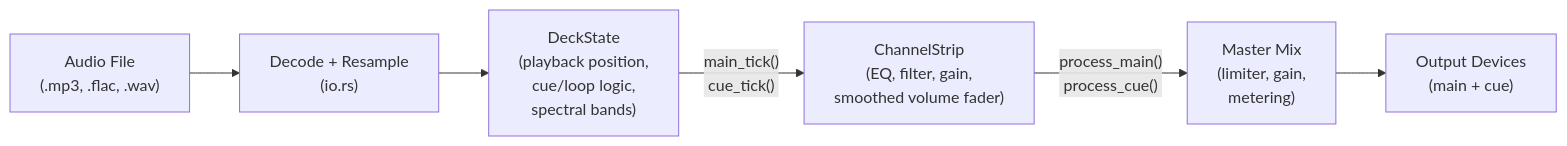
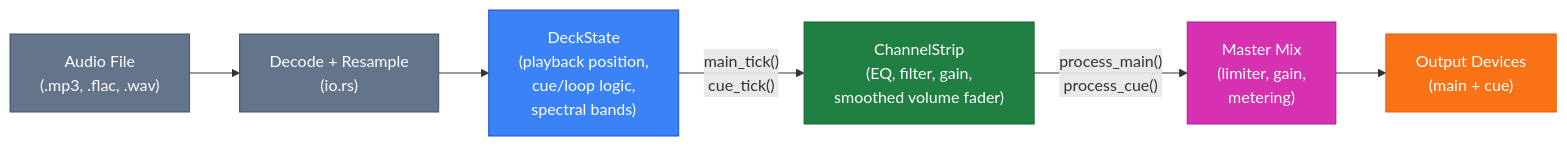
The second of 5 diagrams in ARCHITECTURE.md (berrutti/beatmatcher), drawn with Mermaid before and after one commit. The commit also changed other lines of this file and 1 other file, not shown here.

Commit message:
Chore: Add colors to Architecture diagram

````diff
--- a/ARCHITECTURE.md
+++ b/ARCHITECTURE.md
@@ -34,15 +38,21 @@
 ```mermaid
 graph LR
-    File["Audio File\n(.mp3, .flac, .wav)"]
-    Decode["Decode + Resample\n(io.rs)"]
-    DeckState["DeckState\n(playback position,\ncue/loop logic,\nspectral bands)"]
-    ChannelStrip["ChannelStrip\n(EQ, filter, gain,\nsmoothed volume fader)"]
-    MasterMix["Master Mix\n(limiter, gain,\nmetering)"]
-    Outputs["Output Devices\n(main + cue)"]
+    classDef io fill:#64748b,stroke:#475569,color:#fff
+    classDef deck fill:#3b82f6,stroke:#1d4ed8,color:#fff
+    classDef strip fill:#208043,stroke:#166534,color:#fff
+    classDef master fill:#d631b0,stroke:#a21caf,color:#fff
+    classDef out fill:#f97316,stroke:#ea580c,color:#fff
+
+    File["Audio File\n(.mp3, .flac, .wav)"]:::io
+    Decode["Decode + Resample\n(io.rs)"]:::io
+    DeckState["DeckState\n(playback position,\ncue/loop logic,\nspectral bands)"]:::deck
+    ChannelStrip["ChannelStrip\n(EQ, filter, gain,\nsmoothed volume fader)"]:::strip
+    MasterMix["Master Mix\n(limiter, gain,\nmetering)"]:::master
+    Outputs["Output Devices\n(main + cue)"]:::out
 
     File --> Decode
     Decode --> DeckState
     DeckState -- "main_tick()\ncue_tick()" --> ChannelStrip
     ChannelStrip -- "process_main()\nprocess_cue()" --> MasterMix
     MasterMix --> Outputs
 ```
````
